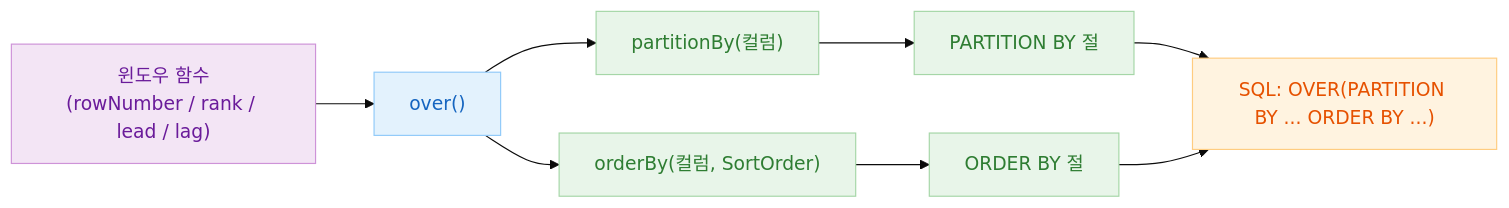
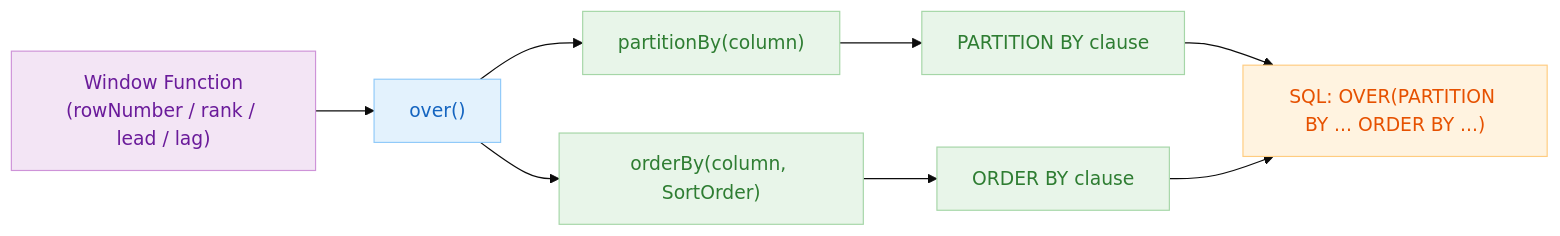
One commit to bluetape4k/exposed-workshop changed the second of 2 diagrams in 05-exposed-dml/03-functions/README.md. Above: the diagram before and after it, drawn with Mermaid (base theme). The commit also changed other lines of this file and 115 other files, not shown here.

````diff
--- a/05-exposed-dml/03-functions/README.md
+++ b/05-exposed-dml/03-functions/README.md
@@ -113,21 +115,21 @@
 ```mermaid
 flowchart LR
-    A["윈도우 함수\n(rowNumber / rank / lead / lag)"] --> B["over()"]
-    B --> C["partitionBy(컬럼)"]
-    B --> D["orderBy(컬럼, SortOrder)"]
-    C --> E["PARTITION BY 절"]
-    D --> F["ORDER BY 절"]
+    A["Window Function\n(rowNumber / rank / lead / lag)"] --> B["over()"]
+    B --> C["partitionBy(column)"]
+    B --> D["orderBy(column, SortOrder)"]
+    C --> E["PARTITION BY clause"]
+    D --> F["ORDER BY clause"]
     E --> G["SQL: OVER(PARTITION BY ... ORDER BY ...)"]
     F --> G
 
     classDef purple fill:#F3E5F5,stroke:#CE93D8,color:#6A1B9A
     classDef blue fill:#E3F2FD,stroke:#90CAF9,color:#1565C0
     classDef green fill:#E8F5E9,stroke:#A5D6A7,color:#2E7D32
     classDef orange fill:#FFF3E0,stroke:#FFCC80,color:#E65100
 
     class A purple
     class B blue
     class C,D green
     class E,F green
     class G orange
 ```
````
